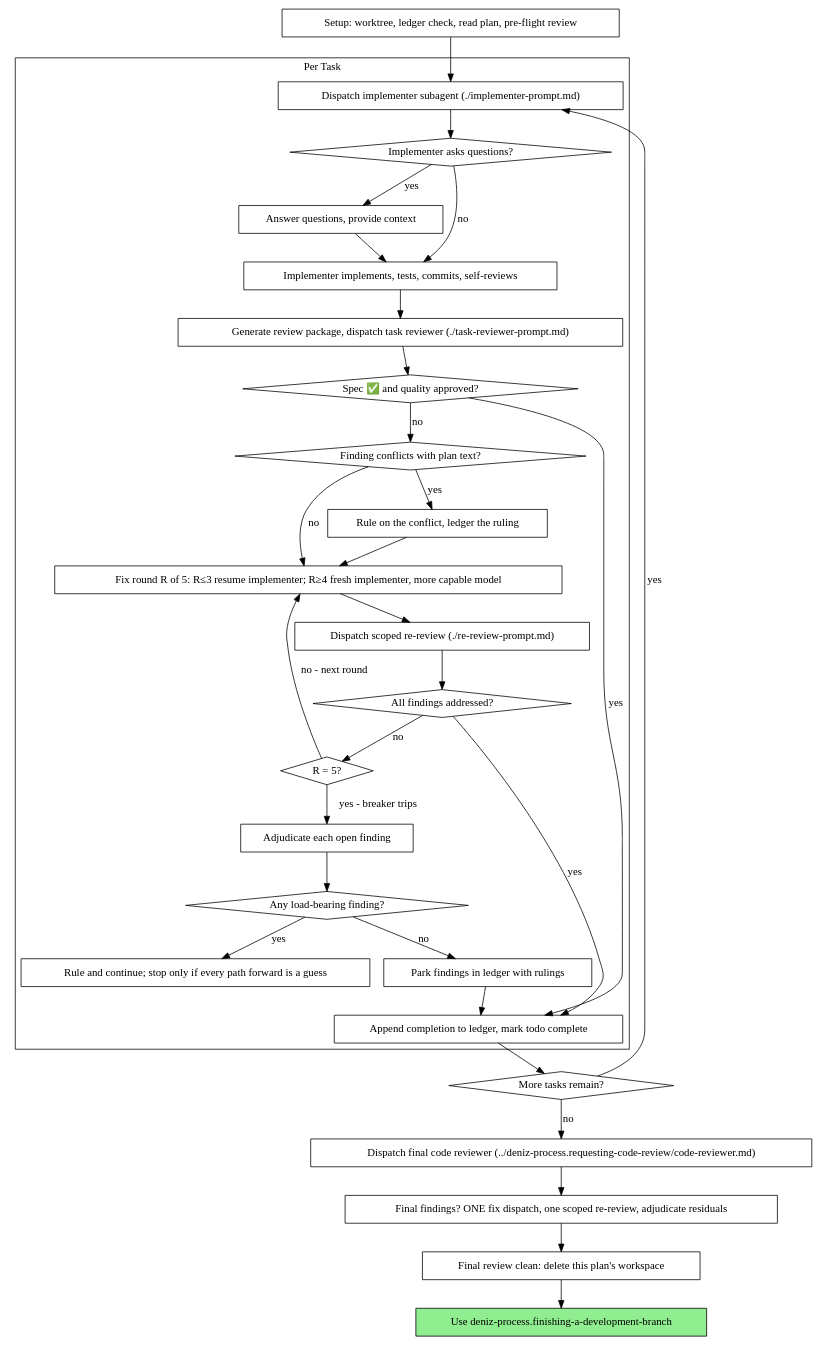
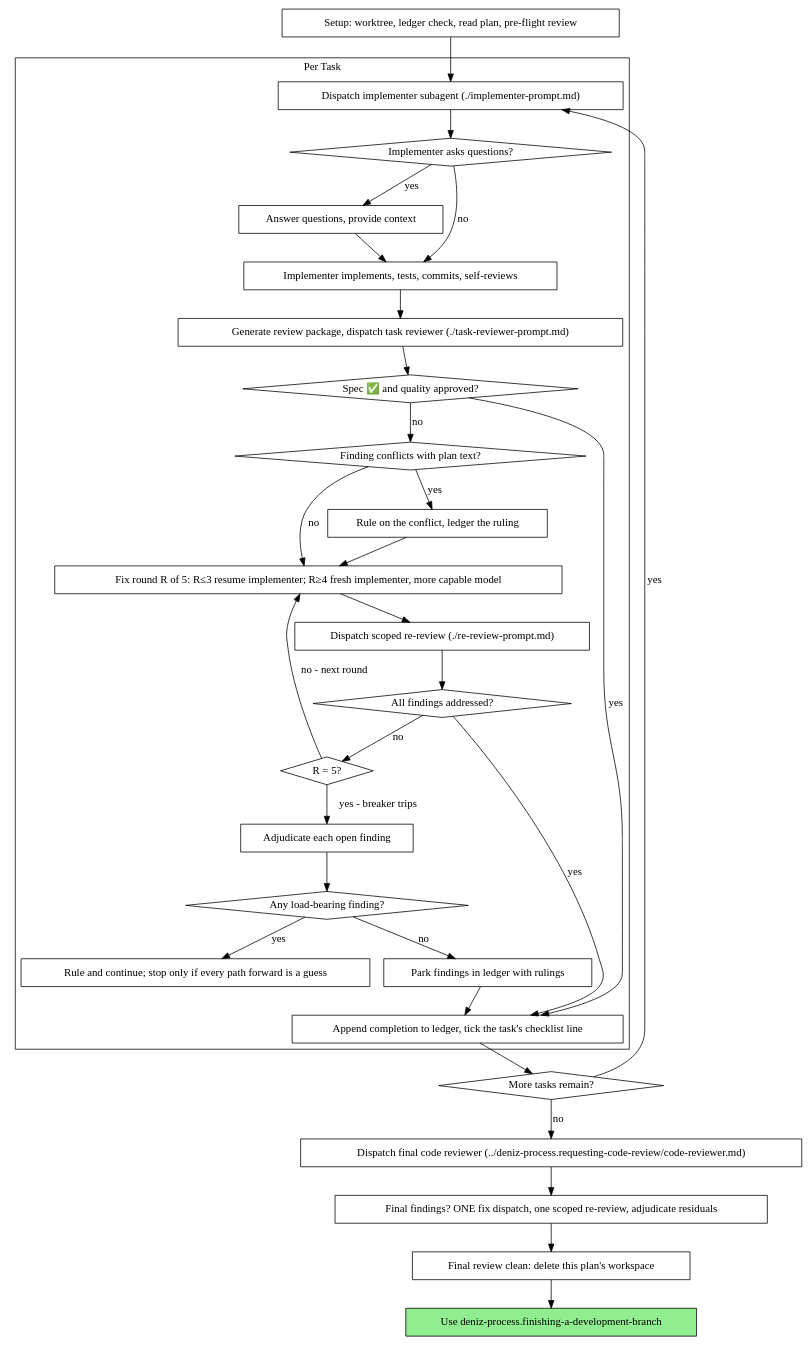
Before and after one commit to Blind-Striker/agent-skills-and-plugins: the second of 2 diagrams in opencode/deniz-process/skills/deniz-process.subagent-driven-development/SKILL.md, drawn with Graphviz. The commit also changed other lines of this file and 16 other files, not shown here.

````diff
--- a/opencode/deniz-process/skills/deniz-process.subagent-driven-development/SKILL.md
+++ b/opencode/deniz-process/skills/deniz-process.subagent-driven-development/SKILL.md
@@ -62,62 +62,62 @@
 ```dot
 digraph process {
     rankdir=TB;
 
     subgraph cluster_per_task {
         label="Per Task";
         "Dispatch implementer subagent (./implementer-prompt.md)" [shape=box];
         "Implementer asks questions?" [shape=diamond];
         "Answer questions, provide context" [shape=box];
         "Implementer implements, tests, commits, self-reviews" [shape=box];
         "Generate review package, dispatch task reviewer (./task-reviewer-prompt.md)" [shape=box];
         "Spec ✅ and quality approved?" [shape=diamond];
         "Finding conflicts with plan text?" [shape=diamond];
         "Rule on the conflict, ledger the ruling" [shape=box];
         "Fix round R of 5: R≤3 resume implementer; R≥4 fresh implementer, more capable model" [shape=box];
         "Dispatch scoped re-review (./re-review-prompt.md)" [shape=box];
         "All findings addressed?" [shape=diamond];
         "R = 5?" [shape=diamond];
         "Adjudicate each open finding" [shape=box];
         "Any load-bearing finding?" [shape=diamond];
         "Rule and continue; stop only if every path forward is a guess" [shape=box];
         "Park findings in ledger with rulings" [shape=box];
-        "Append completion to ledger, mark todo complete" [shape=box];
+        "Append completion to ledger, tick the task's checklist line" [shape=box];
     }
 
     "Setup: worktree, ledger check, read plan, pre-flight review" [shape=box];
     "More tasks remain?" [shape=diamond];
     "Dispatch final code reviewer (../deniz-process.requesting-code-review/code-reviewer.md)" [shape=box];
     "Final findings? ONE fix dispatch, one scoped re-review, adjudicate residuals" [shape=box];
     "Final review clean: delete this plan's workspace" [shape=box];
     "Use deniz-process.finishing-a-development-branch" [shape=box style=filled fillcolor=lightgreen];
 
     "Setup: worktree, ledger check, read plan, pre-flight review" -> "Dispatch implementer subagent (./implementer-prompt.md)";
     "Dispatch implementer subagent (./implementer-prompt.md)" -> "Implementer asks questions?";
     "Implementer asks questions?" -> "Answer questions, provide context" [label="yes"];
     "Answer questions, provide context" -> "Implementer implements, tests, commits, self-reviews";
     "Implementer asks questions?" -> "Implementer implements, tests, commits, self-reviews" [label="no"];
     "Implementer implements, tests, commits, self-reviews" -> "Generate review package, dispatch task reviewer (./task-reviewer-prompt.md)";
     "Generate review package, dispatch task reviewer (./task-reviewer-prompt.md)" -> "Spec ✅ and quality approved?";
-    "Spec ✅ and quality approved?" -> "Append completion to ledger, mark todo complete" [label="yes"];
+    "Spec ✅ and quality approved?" -> "Append completion to ledger, tick the task's checklist line" [label="yes"];
     "Spec ✅ and quality approved?" -> "Finding conflicts with plan text?" [label="no"];
     "Finding conflicts with plan text?" -> "Rule on the conflict, ledger the ruling" [label="yes"];
     "Rule on the conflict, ledger the ruling" -> "Fix round R of 5: R≤3 resume implementer; R≥4 fresh implementer, more capable model";
     "Finding conflicts with plan text?" -> "Fix round R of 5: R≤3 resume implementer; R≥4 fresh implementer, more capable model" [label="no"];
     "Fix round R of 5: R≤3 resume implementer; R≥4 fresh implementer, more capable model" -> "Dispatch scoped re-review (./re-review-prompt.md)";
     "Dispatch scoped re-review (./re-review-prompt.md)" -> "All findings addressed?";
-    "All findings addressed?" -> "Append completion to ledger, mark todo complete" [label="yes"];
+    "All findings addressed?" -> "Append completion to ledger, tick the task's checklist line" [label="yes"];
     "All findings addressed?" -> "R = 5?" [label="no"];
     "R = 5?" -> "Fix round R of 5: R≤3 resume implementer; R≥4 fresh implementer, more capable model" [label="no - next round"];
     "R = 5?" -> "Adjudicate each open finding" [label="yes - breaker trips"];
     "Adjudicate each open finding" -> "Any load-bearing finding?";
     "Any load-bearing finding?" -> "Rule and continue; stop only if every path forward is a guess" [label="yes"];
     "Any load-bearing finding?" -> "Park findings in ledger with rulings" [label="no"];
-    "Park findings in ledger with rulings" -> "Append completion to ledger, mark todo complete";
-    "Append completion to ledger, mark todo complete" -> "More tasks remain?";
+    "Park findings in ledger with rulings" -> "Append completion to ledger, tick the task's checklist line";
+    "Append completion to ledger, tick the task's checklist line" -> "More tasks remain?";
     "More tasks remain?" -> "Dispatch implementer subagent (./implementer-prompt.md)" [label="yes"];
     "More tasks remain?" -> "Dispatch final code reviewer (../deniz-process.requesting-code-review/code-reviewer.md)" [label="no"];
     "Dispatch final code reviewer (../deniz-process.requesting-code-review/code-reviewer.md)" -> "Final findings? ONE fix dispatch, one scoped re-review, adjudicate residuals";
     "Final findings? ONE fix dispatch, one scoped re-review, adjudicate residuals" -> "Final review clean: delete this plan's workspace";
     "Final review clean: delete this plan's workspace" -> "Use deniz-process.finishing-a-development-branch";
 }
 ```
````
